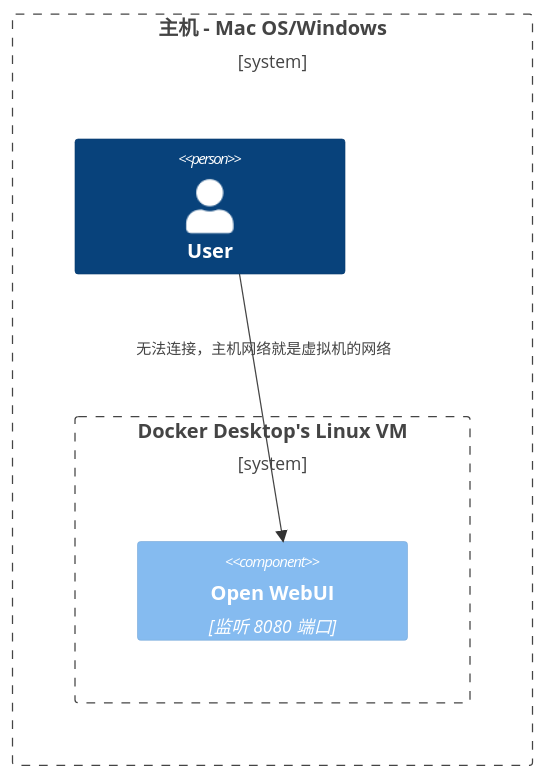
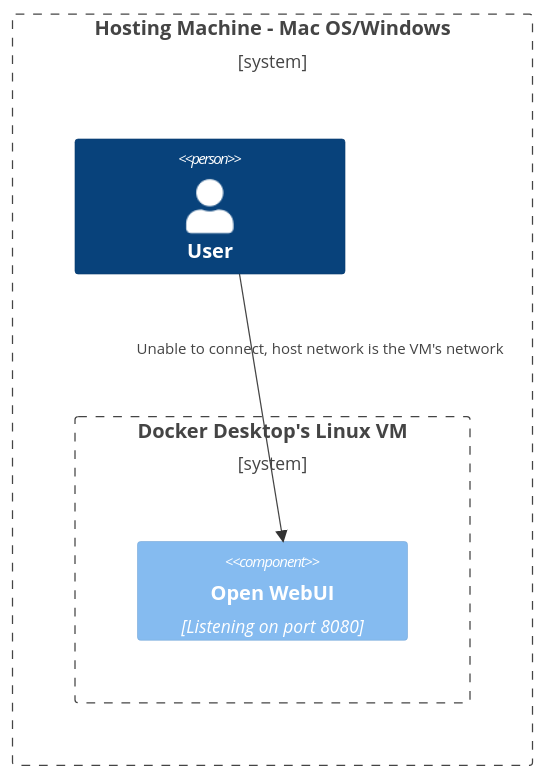
Before and after one commit to SMYQH/openwebuidocs: the fourth of 8 diagrams in zh-cn/docs/reference/network-diagrams.mdx, drawn with Mermaid. The commit also changed other lines of this file and 116 other files, not shown here.

````diff
--- a/zh-cn/docs/reference/network-diagrams.mdx
+++ b/zh-cn/docs/reference/network-diagrams.mdx
@@ -90,11 +90,11 @@
 ```mermaid
 C4Context
-Boundary(b0, "主机 - Mac OS/Windows") {
+Boundary(b0, "Hosting Machine - Mac OS/Windows") {
    Person(user, "User")
    Boundary(b1, "Docker Desktop's Linux VM") {
-      Component(openwebui, "Open WebUI", "监听 8080 端口")
+      Component(openwebui, "Open WebUI", "Listening on port 8080")
    }
 }
-Rel(user, openwebui, "无法连接，主机网络就是虚拟机的网络")
+Rel(user, openwebui, "Unable to connect, host network is the VM's network")
 UpdateRelStyle(user, openwebui, $offsetX="-100", $offsetY="-50")
 ```
````
